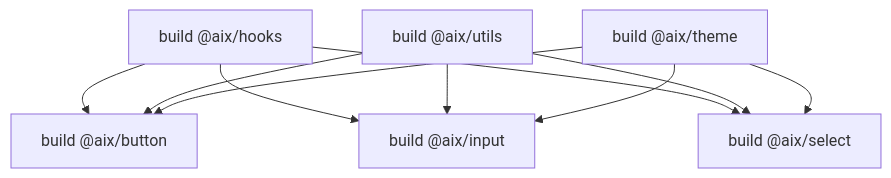
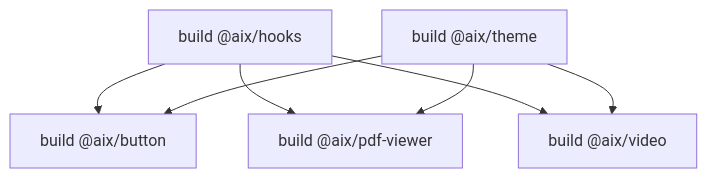
One commit to sunweijieMJ/aix changed the diagram in .claude/agents/project-structure.md. Above: the diagram before and after it, drawn with Mermaid. The commit also changed other lines of this file and 21 other files, not shown here.

````diff
--- a/.claude/agents/project-structure.md
+++ b/.claude/agents/project-structure.md
@@ -284,12 +293,9 @@
 ```mermaid
 graph TD
     A[build @aix/hooks] --> B[build @aix/button]
-    A --> C[build @aix/input]
-    A --> D[build @aix/select]
-    E[build @aix/utils] --> B
-    E --> C
-    E --> D
+    A --> C[build @aix/pdf-viewer]
+    A --> D[build @aix/video]
     F[build @aix/theme] --> B
     F --> C
     F --> D
 ```
````
